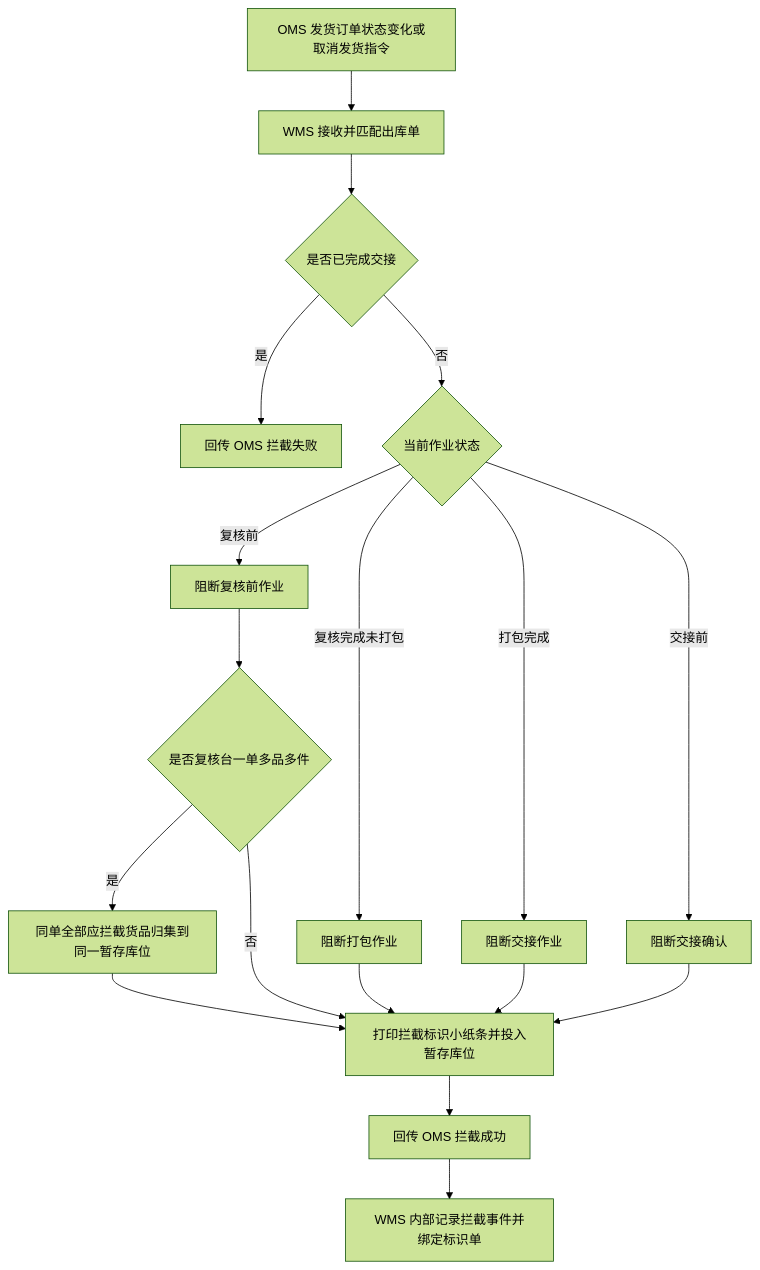
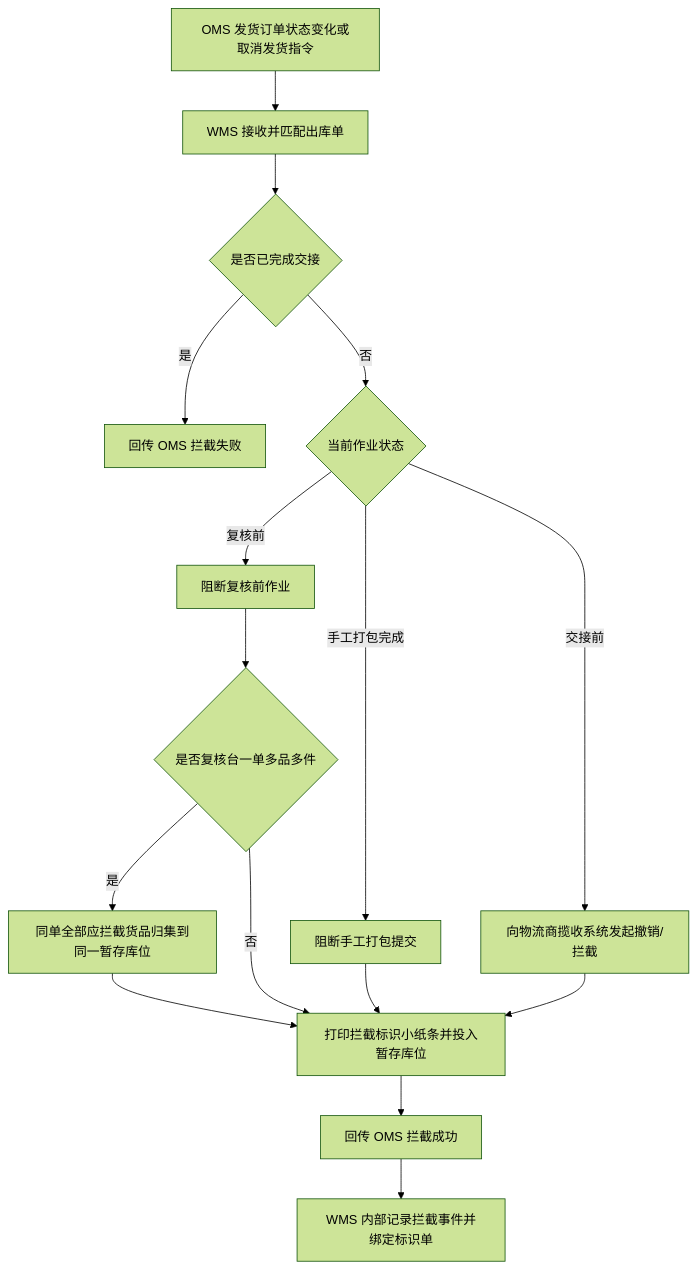
Before and after one commit to ChenXiang1988/Supply-Chain-Knowledge-Repository-: the diagram in example/xzy/03Warehouse Management System/00Requirements/Outbound Interception Requirements.md, drawn with Mermaid (forest theme). The commit also changed other lines of this file and 73 other files, not shown here.

````diff
--- a/example/xzy/03Warehouse Management System/00Requirements/Outbound Interception Requirements.md
+++ b/example/xzy/03Warehouse Management System/00Requirements/Outbound Interception Requirements.md
@@ -167,20 +185,18 @@
 ```mermaid
 flowchart TD
     A[OMS 发货订单状态变化或取消发货指令] --> B[WMS 接收并匹配出库单]
     B --> C{是否已完成交接}
     C -- 是 --> X[回传 OMS 拦截失败]
     C -- 否 --> D{当前作业状态}
     D -- 复核前 --> E1[阻断复核前作业]
-    D -- 复核完成未打包 --> E2[阻断打包作业]
-    D -- 打包完成 --> E3[阻断交接作业]
-    D -- 交接前 --> E4[阻断交接确认]
+    D -- 手工打包完成 --> E2[阻断手工打包提交]
+    D -- 交接前 --> E3[向物流商揽收系统发起撤销/拦截]
     E1 --> G{是否复核台一单多品多件}
     G -- 是 --> H[同单全部应拦截货品归集到同一暂存库位]
     H --> P[打印拦截标识小纸条并投入暂存库位]
     G -- 否 --> P
     E2 --> P
     E3 --> P
-    E4 --> P
     P --> S[回传 OMS 拦截成功]
     S --> F[WMS 内部记录拦截事件并绑定标识单]
 ```
````
